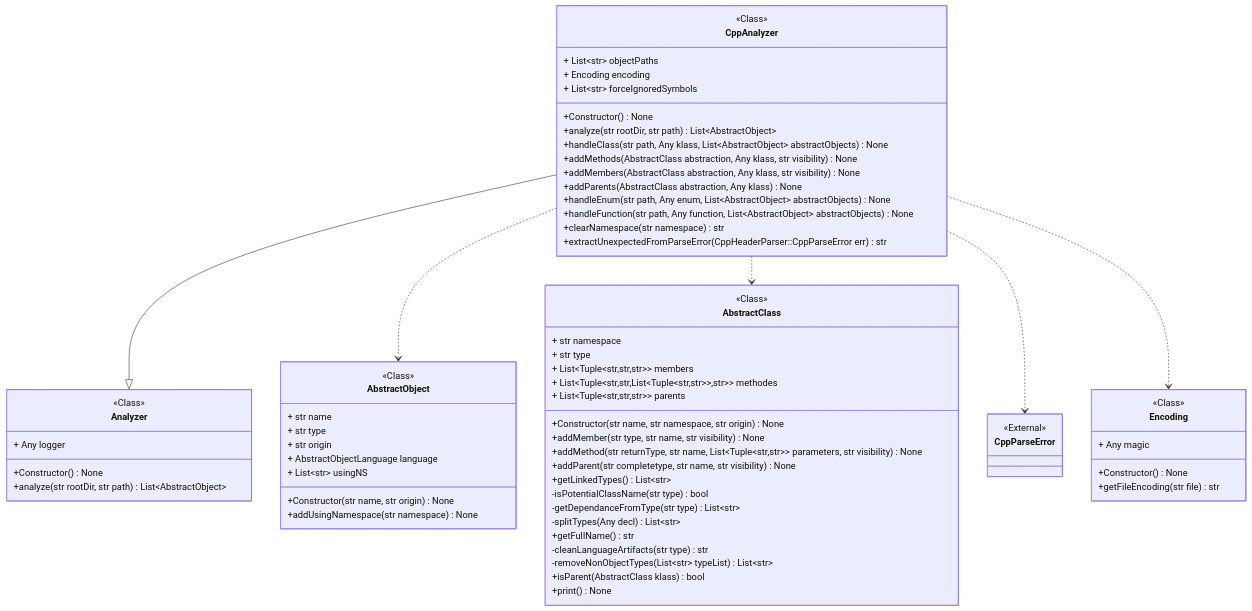
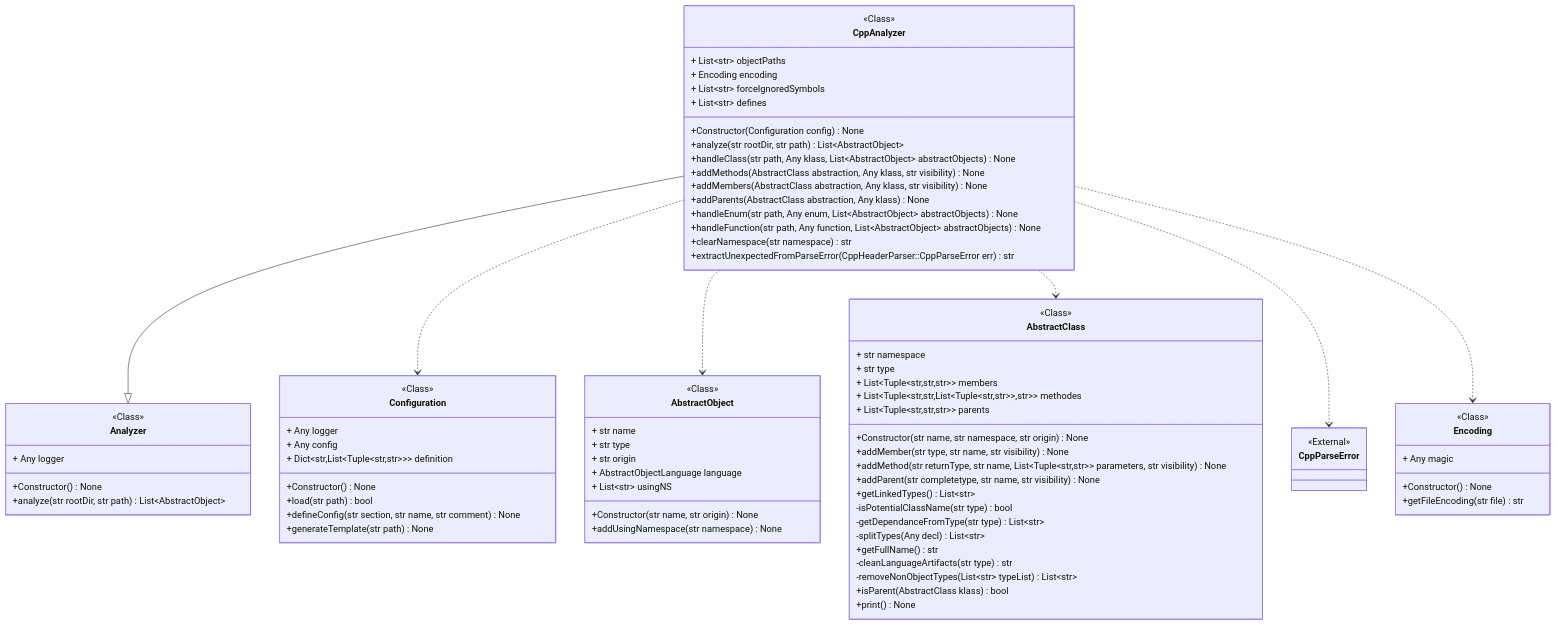
One commit to miong/pycodeanalyzer changed the diagram in docs/source/code/diagrams/pycodeanalyzer_core_languages_analyzers_cppanalyzer_CppAnalyzer.mmd. Above: the diagram before and after it, drawn with Mermaid. The commit also changed 18 other files, not shown here.

```diff
--- a/docs/source/code/diagrams/pycodeanalyzer_core_languages_analyzers_cppanalyzer_CppAnalyzer.mmd
+++ b/docs/source/code/diagrams/pycodeanalyzer_core_languages_analyzers_cppanalyzer_CppAnalyzer.mmd
@@ -1,71 +1,84 @@
 classDiagram
 class CppAnalyzer {
 <<Class>>
 + List~str~ objectPaths
 + Encoding encoding
 + List~str~ forceIgnoredSymbols
-+Constructor() None
++ List~str~ defines
++Constructor(Configuration config) None
 +analyze(str rootDir, str path) List~AbstractObject~
 +handleClass(str path, Any klass, List~AbstractObject~ abstractObjects) None
 +addMethods(AbstractClass abstraction, Any klass, str visibility) None
 +addMembers(AbstractClass abstraction, Any klass, str visibility) None
 +addParents(AbstractClass abstraction, Any klass) None
 +handleEnum(str path, Any enum, List~AbstractObject~ abstractObjects) None
 +handleFunction(str path, Any function, List~AbstractObject~ abstractObjects) None
 +clearNamespace(str namespace) str
 +extractUnexpectedFromParseError(CppHeaderParser::CppParseError err) str
 }
 class Analyzer {
 <<Class>>
 + Any logger
 +Constructor() None
 +analyze(str rootDir, str path) List~AbstractObject~
 }
 link Analyzer "class££pycodeanalyzer::core::languages::analyzer::Analyzer"
+class Configuration {
+<<Class>>
++ Any logger
++ Any config
++ Dict&lt;str,List&lt;Tuple&lt;str,str&gt;&gt;&gt; definition
++Constructor() None
++load(str path) bool
++defineConfig(str section, str name, str comment) None
++generateTemplate(str path) None
+}
+link Configuration "class££pycodeanalyzer::core::configuration::configuration::Configuration"
 class AbstractObject {
 <<Class>>
 + str name
 + str type
 + str origin
 + AbstractObjectLanguage language
 + List~str~ usingNS
 +Constructor(str name, str origin) None
 +addUsingNamespace(str namespace) None
 }
 link AbstractObject "class££pycodeanalyzer::core::abstraction::objects::AbstractObject"
 class AbstractClass {
 <<Class>>
 + str namespace
 + str type
 + List&lt;Tuple&lt;str,str,str&gt;&gt; members
 + List&lt;Tuple&lt;str,str,List&lt;Tuple&lt;str,str&gt;&gt;,str&gt;&gt; methodes
 + List&lt;Tuple&lt;str,str,str&gt;&gt; parents
 +Constructor(str name, str namespace, str origin) None
 +addMember(str type, str name, str visibility) None
 +addMethod(str returnType, str name, List&lt;Tuple&lt;str,str&gt;&gt; parameters, str visibility) None
 +addParent(str completetype, str name, str visibility) None
 +getLinkedTypes() List~str~
 -isPotentialClassName(str type) bool
 -getDependanceFromType(str type) List~str~
 -splitTypes(Any decl) List~str~
 +getFullName() str
 -cleanLanguageArtifacts(str type) str
 -removeNonObjectTypes(List~str~ typeList) List~str~
 +isParent(AbstractClass klass) bool
 +print() None
 }
 link AbstractClass "class££pycodeanalyzer::core::abstraction::objects::AbstractClass"
 class CppParseError
 <<External>> CppParseError
 class Encoding {
 <<Class>>
 + Any magic
 +Constructor() None
 +getFileEncoding(str file) str
 }
 link Encoding "class££pycodeanalyzer::core::encoding::encodings::Encoding"
 CppAnalyzer --|> Analyzer
+CppAnalyzer ..> Configuration
 CppAnalyzer ..> AbstractObject
 CppAnalyzer ..> AbstractClass
 CppAnalyzer ..> CppParseError
 CppAnalyzer ..> Encoding
```
